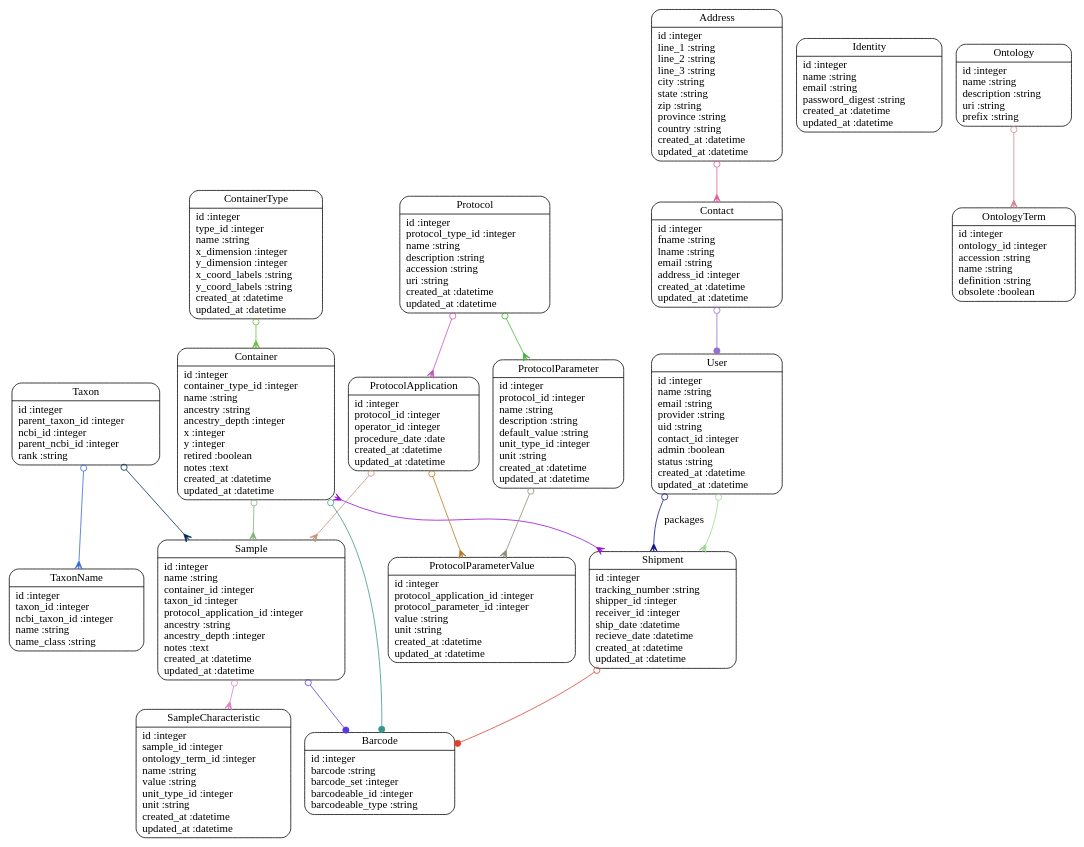
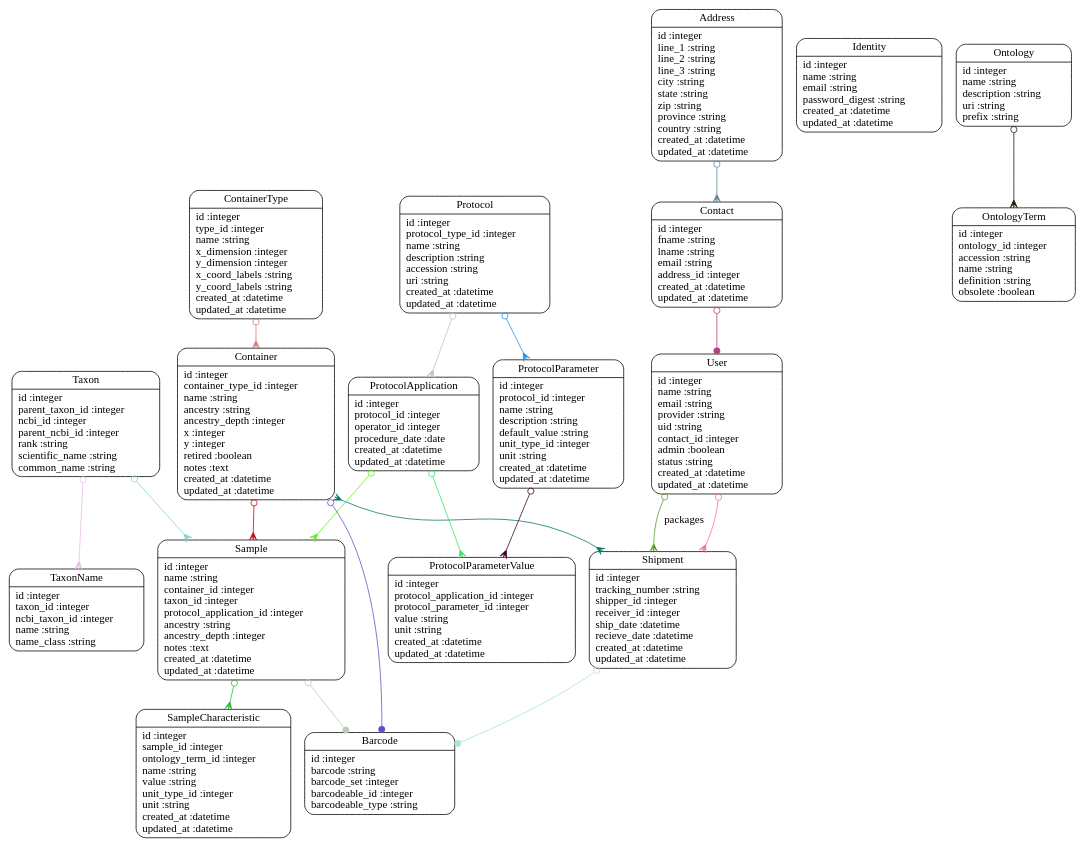
Before and after one commit to dimitras/collos: the diagram in models.dot, drawn with Graphviz. The commit also changed 13 other files, not shown here.

```diff
--- a/models.dot
+++ b/models.dot
@@ -1,40 +1,40 @@
 digraph models_diagram {
 	graph[overlap=false, splines=true]
 	"Address" [shape=Mrecord, label="{Address|id :integer\lline_1 :string\lline_2 :string\lline_3 :string\lcity :string\lstate :string\lzip :string\lprovince :string\lcountry :string\lcreated_at :datetime\lupdated_at :datetime\l}"]
 	"Barcode" [shape=Mrecord, label="{Barcode|id :integer\lbarcode :string\lbarcode_set :integer\lbarcodeable_id :integer\lbarcodeable_type :string\l}"]
 	"Contact" [shape=Mrecord, label="{Contact|id :integer\lfname :string\llname :string\lemail :string\laddress_id :integer\lcreated_at :datetime\lupdated_at :datetime\l}"]
 	"Container" [shape=Mrecord, label="{Container|id :integer\lcontainer_type_id :integer\lname :string\lancestry :string\lancestry_depth :integer\lx :integer\ly :integer\lretired :boolean\lnotes :text\lcreated_at :datetime\lupdated_at :datetime\l}"]
 	"ContainerType" [shape=Mrecord, label="{ContainerType|id :integer\ltype_id :integer\lname :string\lx_dimension :integer\ly_dimension :integer\lx_coord_labels :string\ly_coord_labels :string\lcreated_at :datetime\lupdated_at :datetime\l}"]
 	"Identity" [shape=Mrecord, label="{Identity|id :integer\lname :string\lemail :string\lpassword_digest :string\lcreated_at :datetime\lupdated_at :datetime\l}"]
 	"Ontology" [shape=Mrecord, label="{Ontology|id :integer\lname :string\ldescription :string\luri :string\lprefix :string\l}"]
 	"OntologyTerm" [shape=Mrecord, label="{OntologyTerm|id :integer\lontology_id :integer\laccession :string\lname :string\ldefinition :string\lobsolete :boolean\l}"]
 	"Protocol" [shape=Mrecord, label="{Protocol|id :integer\lprotocol_type_id :integer\lname :string\ldescription :string\laccession :string\luri :string\lcreated_at :datetime\lupdated_at :datetime\l}"]
 	"ProtocolApplication" [shape=Mrecord, label="{ProtocolApplication|id :integer\lprotocol_id :integer\loperator_id :integer\lprocedure_date :date\lcreated_at :datetime\lupdated_at :datetime\l}"]
 	"ProtocolParameter" [shape=Mrecord, label="{ProtocolParameter|id :integer\lprotocol_id :integer\lname :string\ldescription :string\ldefault_value :string\lunit_type_id :integer\lunit :string\lcreated_at :datetime\lupdated_at :datetime\l}"]
 	"ProtocolParameterValue" [shape=Mrecord, label="{ProtocolParameterValue|id :integer\lprotocol_application_id :integer\lprotocol_parameter_id :integer\lvalue :string\lunit :string\lcreated_at :datetime\lupdated_at :datetime\l}"]
 	"Sample" [shape=Mrecord, label="{Sample|id :integer\lname :string\lcontainer_id :integer\ltaxon_id :integer\lprotocol_application_id :integer\lancestry :string\lancestry_depth :integer\lnotes :text\lcreated_at :datetime\lupdated_at :datetime\l}"]
 	"SampleCharacteristic" [shape=Mrecord, label="{SampleCharacteristic|id :integer\lsample_id :integer\lontology_term_id :integer\lname :string\lvalue :string\lunit_type_id :integer\lunit :string\lcreated_at :datetime\lupdated_at :datetime\l}"]
 	"Shipment" [shape=Mrecord, label="{Shipment|id :integer\ltracking_number :string\lshipper_id :integer\lreceiver_id :integer\lship_date :datetime\lrecieve_date :datetime\lcreated_at :datetime\lupdated_at :datetime\l}"]
-	"Taxon" [shape=Mrecord, label="{Taxon|id :integer\lparent_taxon_id :integer\lncbi_id :integer\lparent_ncbi_id :integer\lrank :string\l}"]
+	"Taxon" [shape=Mrecord, label="{Taxon|id :integer\lparent_taxon_id :integer\lncbi_id :integer\lparent_ncbi_id :integer\lrank :string\lscientific_name :string\lcommon_name :string\l}"]
 	"TaxonName" [shape=Mrecord, label="{TaxonName|id :integer\ltaxon_id :integer\lncbi_taxon_id :integer\lname :string\lname_class :string\l}"]
 	"User" [shape=Mrecord, label="{User|id :integer\lname :string\lemail :string\lprovider :string\luid :string\lcontact_id :integer\ladmin :boolean\lstatus :string\lcreated_at :datetime\lupdated_at :datetime\l}"]
-	"Address" -> "Contact" [arrowtail=odot, arrowhead=crow, dir=both color="#E35E99"]
-	"Contact" -> "User" [arrowtail=odot, arrowhead=dot, dir=both color="#9471CD"]
-	"Container" -> "Sample" [arrowtail=odot, arrowhead=crow, dir=both color="#7DB079"]
-	"Container" -> "Barcode" [arrowtail=odot, arrowhead=dot, dir=both color="#369787"]
-	"Container" -> "Shipment" [arrowtail=crow, arrowhead=crow, dir=both color="#960CD4"]
-	"ContainerType" -> "Container" [arrowtail=odot, arrowhead=crow, dir=both color="#67BE3D"]
-	"Ontology" -> "OntologyTerm" [arrowtail=odot, arrowhead=crow, dir=both color="#D28694"]
-	"Protocol" -> "ProtocolApplication" [arrowtail=odot, arrowhead=crow, dir=both color="#C552BB"]
-	"Protocol" -> "ProtocolParameter" [arrowtail=odot, arrowhead=crow, dir=both color="#43B038"]
-	"ProtocolApplication" -> "Sample" [arrowtail=odot, arrowhead=crow, dir=both color="#C48E7D"]
-	"ProtocolApplication" -> "ProtocolParameterValue" [arrowtail=odot, arrowhead=crow, dir=both color="#B8771A"]
-	"ProtocolParameter" -> "ProtocolParameterValue" [arrowtail=odot, arrowhead=crow, dir=both color="#888D75"]
-	"Sample" -> "Barcode" [arrowtail=odot, arrowhead=dot, dir=both color="#5C35E6"]
-	"Sample" -> "SampleCharacteristic" [arrowtail=odot, arrowhead=crow, dir=both color="#DD7FC3"]
-	"Shipment" -> "Barcode" [arrowtail=odot, arrowhead=dot, dir=both color="#DF3F2A"]
-	"Taxon" -> "Sample" [arrowtail=odot, arrowhead=crow, dir=both color="#002654"]
-	"Taxon" -> "TaxonName" [arrowtail=odot, arrowhead=crow, dir=both color="#2F68D5"]
-	"User" -> "Shipment" [arrowtail=odot, arrowhead=crow, dir=both color="#99D690"]
-	"User" -> "Shipment" [label="packages", arrowtail=odot, arrowhead=crow, dir=both color="#0D1581"]
+	"Address" -> "Contact" [arrowtail=odot, arrowhead=crow, dir=both color="#668498"]
+	"Contact" -> "User" [arrowtail=odot, arrowhead=dot, dir=both color="#B83E7F"]
+	"Container" -> "Sample" [arrowtail=odot, arrowhead=crow, dir=both color="#C60910"]
+	"Container" -> "Barcode" [arrowtail=odot, arrowhead=dot, dir=both color="#644DC2"]
+	"Container" -> "Shipment" [arrowtail=crow, arrowhead=crow, dir=both color="#047A64"]
+	"ContainerType" -> "Container" [arrowtail=odot, arrowhead=crow, dir=both color="#D77A7E"]
+	"Ontology" -> "OntologyTerm" [arrowtail=odot, arrowhead=crow, dir=both color="#1B1A03"]
+	"Protocol" -> "ProtocolApplication" [arrowtail=odot, arrowhead=crow, dir=both color="#B5C5D4"]
+	"Protocol" -> "ProtocolParameter" [arrowtail=odot, arrowhead=crow, dir=both color="#2692E2"]
+	"ProtocolApplication" -> "Sample" [arrowtail=odot, arrowhead=crow, dir=both color="#53F60E"]
+	"ProtocolApplication" -> "ProtocolParameterValue" [arrowtail=odot, arrowhead=crow, dir=both color="#3BE069"]
+	"ProtocolParameter" -> "ProtocolParameterValue" [arrowtail=odot, arrowhead=crow, dir=both color="#3C0231"]
+	"Sample" -> "Barcode" [arrowtail=odot, arrowhead=dot, dir=both color="#B2D2AC"]
+	"Sample" -> "SampleCharacteristic" [arrowtail=odot, arrowhead=crow, dir=both color="#2BB63A"]
+	"Shipment" -> "Barcode" [arrowtail=odot, arrowhead=dot, dir=both color="#AAE6CA"]
+	"Taxon" -> "Sample" [arrowtail=odot, arrowhead=crow, dir=both color="#87D1CC"]
+	"Taxon" -> "TaxonName" [arrowtail=odot, arrowhead=crow, dir=both color="#EBBBE9"]
+	"User" -> "Shipment" [arrowtail=odot, arrowhead=crow, dir=both color="#F87488"]
+	"User" -> "Shipment" [label="packages", arrowtail=odot, arrowhead=crow, dir=both color="#5E9A2D"]
 }
```
